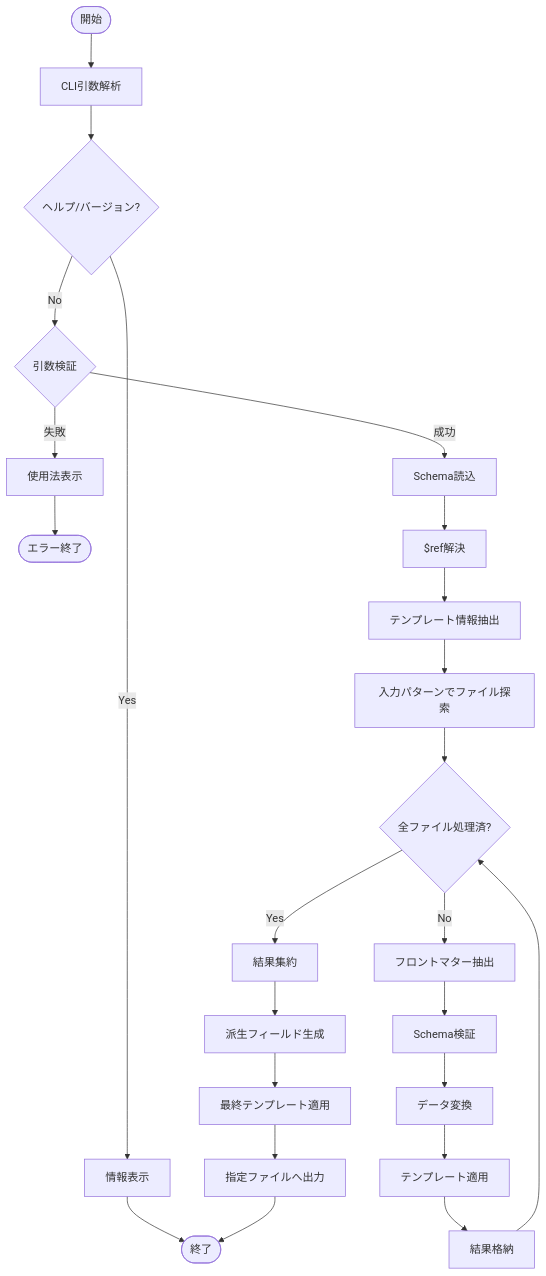
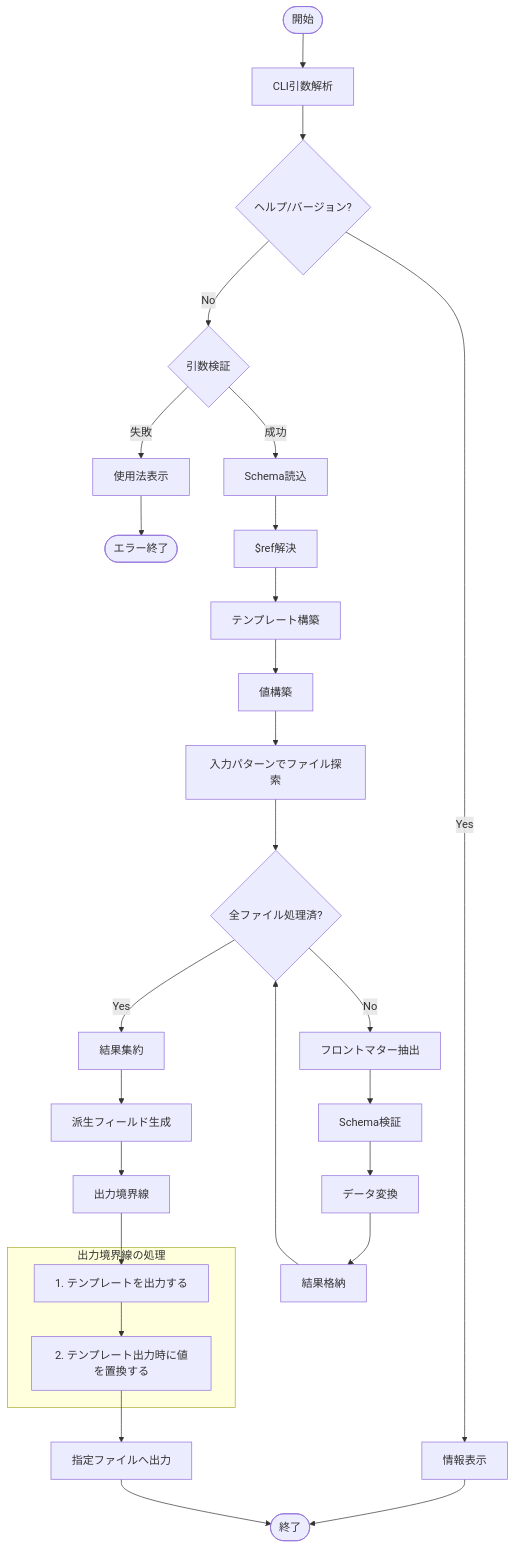
The first of 6 diagrams in docs/architecture/schema_process_architecture.ja.md (tettuan/frontmatter-to-schema), drawn with Mermaid before and after one commit. The commit also changed other lines of this file and 2 other files, not shown here.

First line of the commit message:
docs: clarify template processing principles and {@items} array expansion syntax

````diff
--- a/docs/architecture/schema_process_architecture.ja.md
+++ b/docs/architecture/schema_process_architecture.ja.md
@@ -168,30 +169,38 @@
 ```mermaid
 flowchart TB
     Start([開始]) --> ParseArgs[CLI引数解析]
     ParseArgs --> CheckHelp{ヘルプ/バージョン?}
     CheckHelp -->|Yes| ShowInfo[情報表示]
     ShowInfo --> End([終了])
     CheckHelp -->|No| ValidateArgs{引数検証}
     ValidateArgs -->|失敗| ShowUsage[使用法表示]
     ShowUsage --> ErrorEnd([エラー終了])
     ValidateArgs -->|成功| LoadSchema[Schema読込]
     
     LoadSchema --> ResolveRefs[$ref解決]
-    ResolveRefs --> ExtractTemplate[テンプレート情報抽出]
+    ResolveRefs --> BuildTemplate[テンプレート構築]
+    BuildTemplate --> BuildValues[値構築]
     
-    ExtractTemplate --> ScanFiles[入力パターンでファイル探索]
+    BuildValues --> ScanFiles[入力パターンでファイル探索]
     ScanFiles --> ProcessLoop{全ファイル処理済?}
     
     ProcessLoop -->|No| ExtractFrontmatter[フロントマター抽出]
     ExtractFrontmatter --> ValidateFrontmatter[Schema検証]
     ValidateFrontmatter --> TransformData[データ変換]
-    TransformData --> ApplyTemplate[テンプレート適用]
-    ApplyTemplate --> StoreResult[結果格納]
+    TransformData --> StoreResult[結果格納]
     StoreResult --> ProcessLoop
     
     ProcessLoop -->|Yes| AggregateResults[結果集約]
     AggregateResults --> DeriveFields[派生フィールド生成]
-    DeriveFields --> FinalTemplate[最終テンプレート適用]
-    FinalTemplate --> WriteOutput[指定ファイルへ出力]
+    DeriveFields --> OutputBoundary[出力境界線]
+    
+    subgraph "出力境界線の処理"
+        OutputTemplate[1. テンプレートを出力する]
+        ReplaceValues[2. テンプレート出力時に値を置換する]
+        OutputTemplate --> ReplaceValues
+    end
+    
+    OutputBoundary --> OutputTemplate
+    ReplaceValues --> WriteOutput[指定ファイルへ出力]
     WriteOutput --> End
 ```
````
